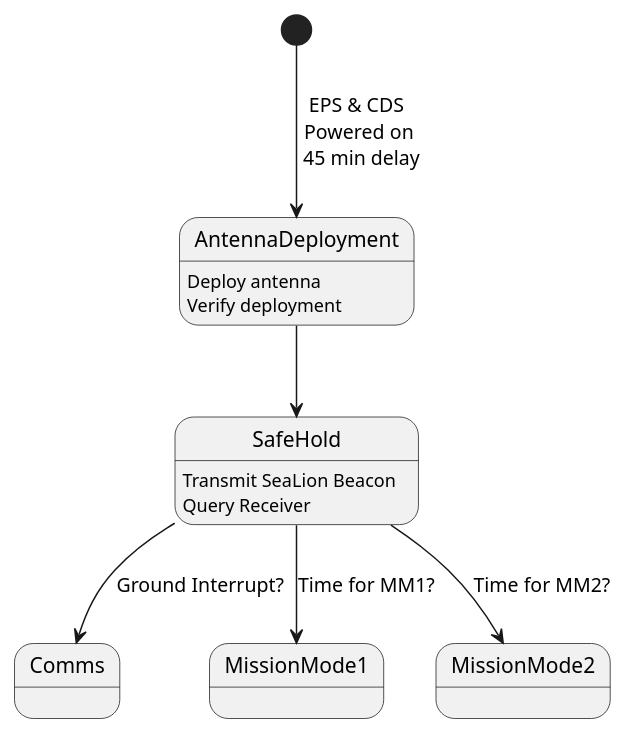
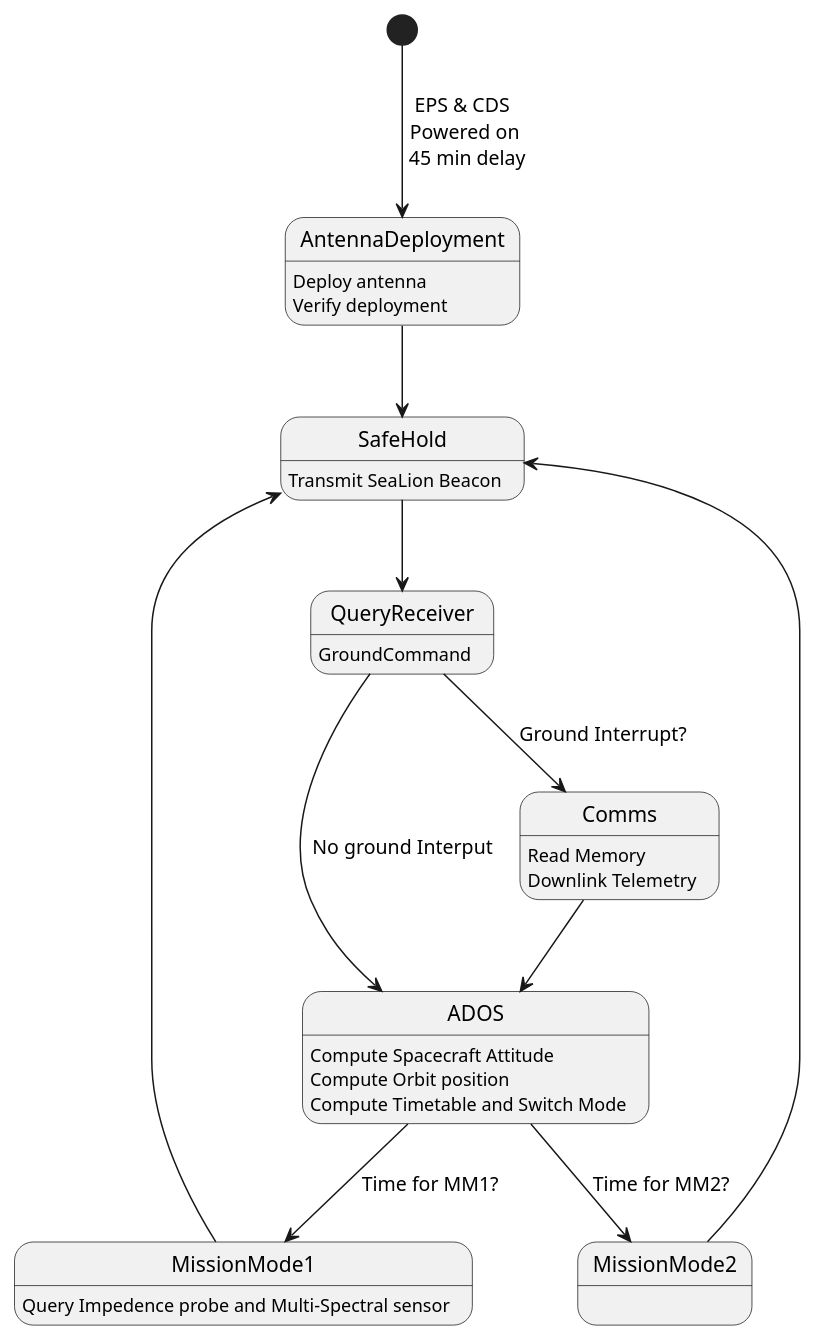
The first of 2 diagrams in fsw-architecture/operating-mode-as-fsm.puml (ODU-CGA-CubeSat/FSW), drawn with PlantUML before and after one commit. The commit also changed other lines of this file, not shown here.

First line of the commit message:
Update operating-mode-as-fsm.puml

```diff
--- a/fsw-architecture/operating-mode-as-fsm.puml
+++ b/fsw-architecture/operating-mode-as-fsm.puml
@@ -1,21 +1,33 @@
 @startuml
 
 state AntennaDeployment
       AntennaDeployment : Deploy antenna
       AntennaDeployment : Verify deployment
 
 state SafeHold
       SafeHold : Transmit SeaLion Beacon 
-      SafeHold : Query Receiver
+state ADOS 
+      ADOS : Compute Spacecraft Attitude
+      ADOS : Compute Orbit position
+      ADOS : Compute Timetable and Switch Mode
+state QueryReceiver
+      QueryReceiver : GroundCommand
 state Comms
+      Comms : Read Memory
+      Comms : Downlink Telemetry 
+
 state MissionMode1
+      MissionMode1 : Query Impedence probe and Multi-Spectral sensor
 state MissionMode2
-
+      MissionMode2 : 
 [*] --> AntennaDeployment : EPS & CDS \n Powered on \n 45 min delay
-SafeHold --> Comms : Ground Interrupt?
-SafeHold --> MissionMode1 : Time for MM1?
-SafeHold --> MissionMode2 : Time for MM2?
 AntennaDeployment --> SafeHold
-
-
+Comms --> ADOS
+SafeHold --> QueryReceiver
+QueryReceiver --> Comms : Ground Interrupt?
+QueryReceiver --> ADOS : No ground Interput
+ADOS --> MissionMode1 : Time for MM1?
+ADOS --> MissionMode2 : Time for MM2?
+MissionMode1 --> SafeHold
+MissionMode2 --> SafeHold
 @enduml
```
